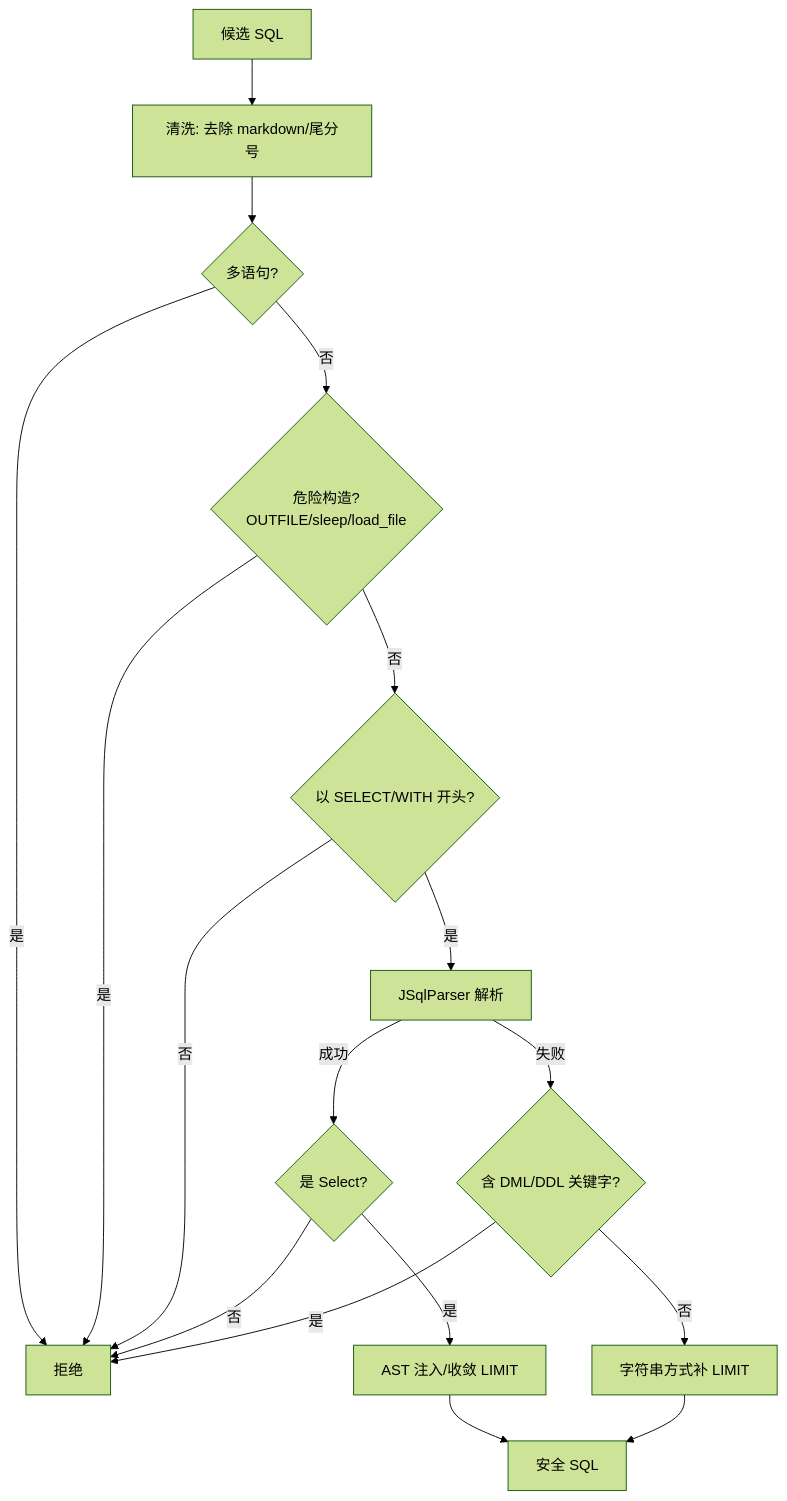
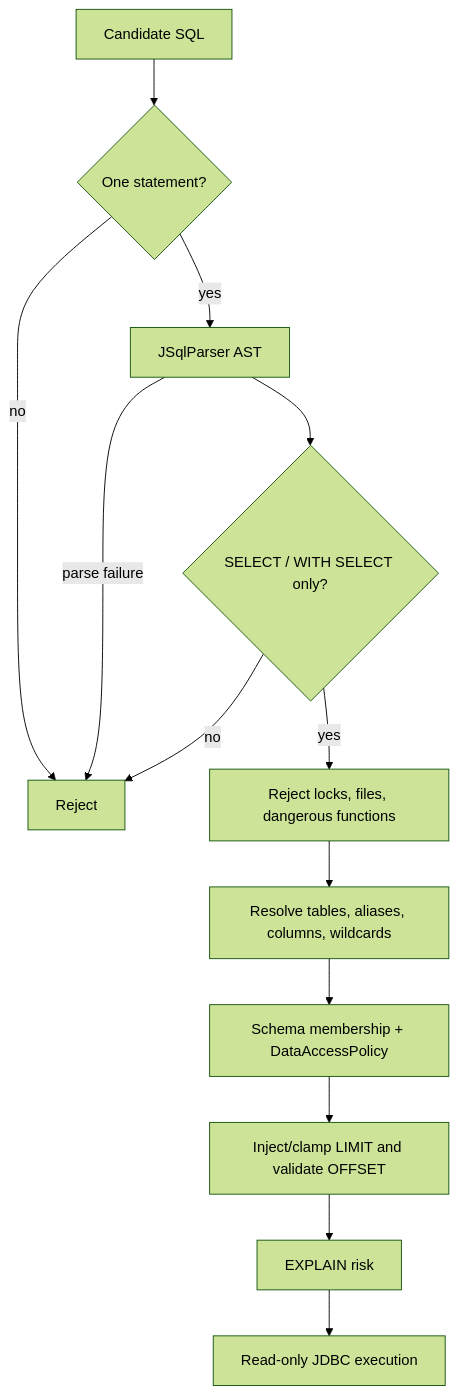
The fourth of 4 diagrams in docs/architecture.md (Hou-mingyuan/chatbi-copilot), drawn with Mermaid (forest theme) before and after one commit. The commit also changed other lines of this file and 243 other files, not shown here.

````diff
--- a/docs/architecture.md
+++ b/docs/architecture.md
@@ -63,19 +99,15 @@
 ```mermaid
 flowchart TD
-  A[候选 SQL] --> B[清洗: 去除 markdown/尾分号]
-  B --> C{多语句?}
-  C -- 是 --> R[拒绝]
-  C -- 否 --> D{危险构造?<br/>OUTFILE/sleep/load_file}
-  D -- 是 --> R
-  D -- 否 --> E{以 SELECT/WITH 开头?}
-  E -- 否 --> R
-  E -- 是 --> F[JSqlParser 解析]
-  F -- 成功 --> G{是 Select?}
-  G -- 否 --> R
-  G -- 是 --> H[AST 注入/收敛 LIMIT]
-  F -- 失败 --> I{含 DML/DDL 关键字?}
-  I -- 是 --> R
-  I -- 否 --> J[字符串方式补 LIMIT]
-  H --> K[安全 SQL]
-  J --> K
+  A["Candidate SQL"] --> B{"One statement?"}
+  B -->|no| R["Reject"]
+  B -->|yes| C["JSqlParser AST"]
+  C -->|parse failure| R
+  C --> D{"SELECT / WITH SELECT only?"}
+  D -->|no| R
+  D -->|yes| E["Reject locks, files, dangerous functions"]
+  E --> F["Resolve tables, aliases, columns, wildcards"]
+  F --> G["Schema membership + DataAccessPolicy"]
+  G --> H["Inject/clamp LIMIT and validate OFFSET"]
+  H --> I["EXPLAIN risk"]
+  I --> J["Read-only JDBC execution"]
 ```
````
